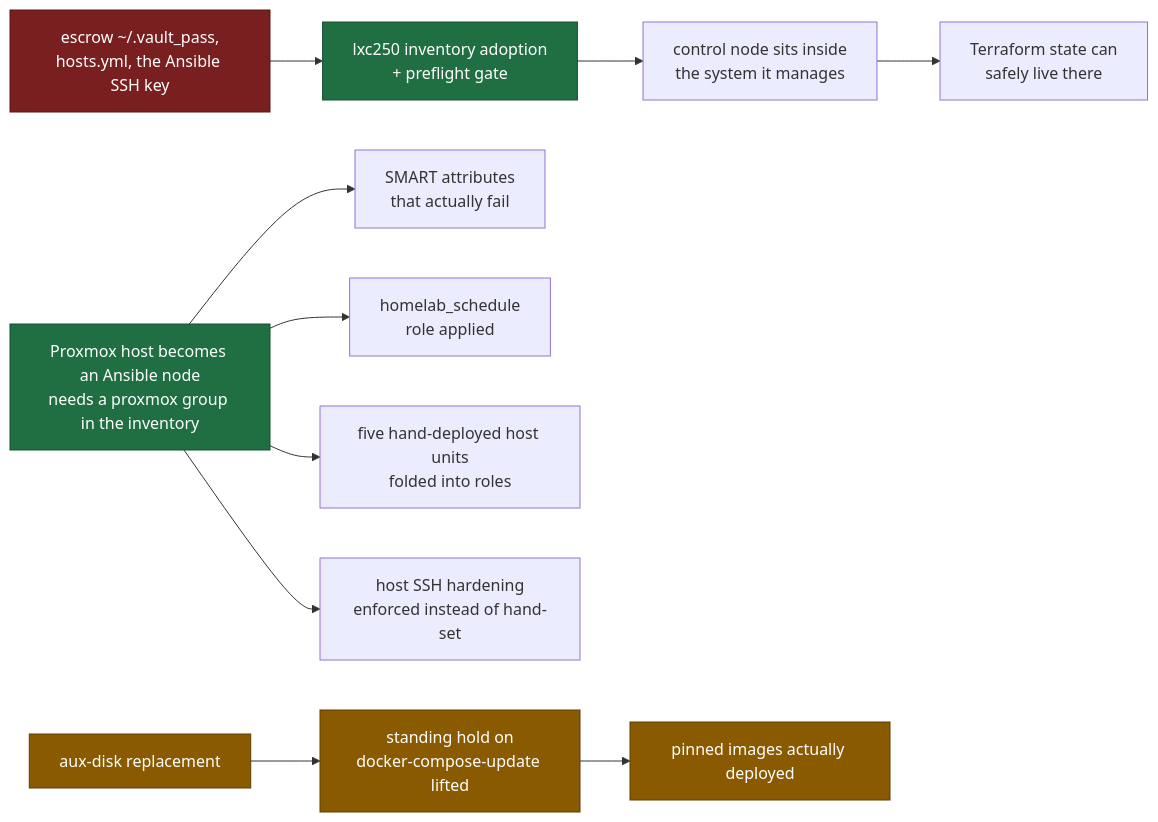
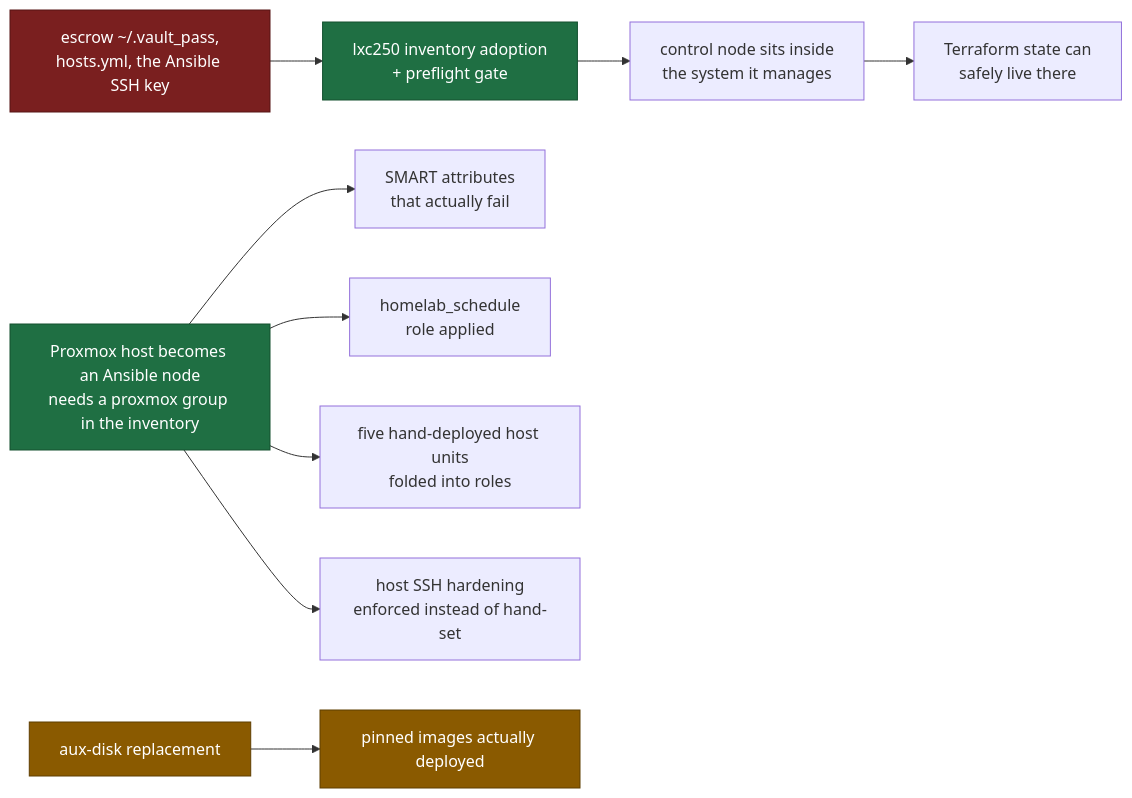
The diagram in docs/platform/remediation-plan.md (sohanreddyk/homelab-server-architecture), drawn with Mermaid before and after one commit. The commit also changed other lines of this file and 13 other files, not shown here.

````diff
--- a/docs/platform/remediation-plan.md
+++ b/docs/platform/remediation-plan.md
@@ -24,34 +24,33 @@
 ```mermaid
 flowchart LR
   accTitle: Dependency chain of the open work
-  accDescr: Three chains - secrets escrow before lxc250 adoption, host adoption which needs no hardware, and the aux-disk replacement which does.
+  accDescr: Three chains - secrets escrow before lxc250 adoption, host adoption which needed no hardware, and the aux-disk replacement which does.
 
   ESCROW["escrow ~/.vault_pass,<br/>hosts.yml, the Ansible SSH key"]
   L250["lxc250 inventory adoption<br/>+ preflight gate"]
   INSIDE["control node sits inside<br/>the system it manages"]
   TF["Terraform state can<br/>safely live there"]
 
   HOSTADOPT["Proxmox host becomes an Ansible node<br/>needs a proxmox group in the inventory"]
   SMART["SMART attributes<br/>that actually fail"]
   SCHED["homelab_schedule<br/>role applied"]
   UNITS["five hand-deployed host units<br/>folded into roles"]
   HOSTSSH["host SSH hardening<br/>enforced instead of hand-set"]
 
   AUX["aux-disk replacement"]
-  HOLD["standing hold on<br/>docker-compose-update lifted"]
   PINS["pinned images actually deployed"]
 
   ESCROW --> L250 --> INSIDE --> TF
   HOSTADOPT --> SMART
   HOSTADOPT --> SCHED
   HOSTADOPT --> UNITS
   HOSTADOPT --> HOSTSSH
-  AUX --> HOLD --> PINS
+  AUX --> PINS
 
   classDef hw fill:#8a5a00,stroke:#5f3e00,color:#ffffff
   classDef lever fill:#1f6f43,stroke:#14512f,color:#ffffff
   classDef risk fill:#7a1f1f,stroke:#571414,color:#ffffff
-  class AUX,HOLD,PINS hw
+  class AUX,PINS hw
   class HOSTADOPT,L250 lever
   class ESCROW risk
 ```
````
